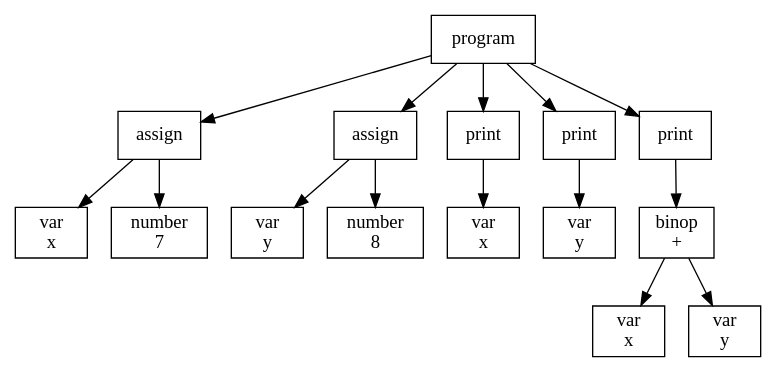
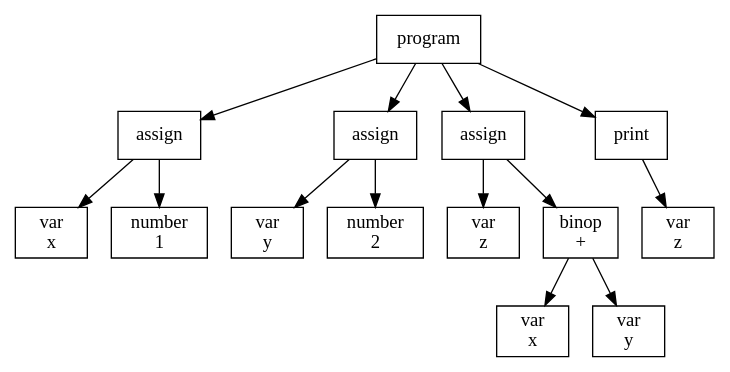
The diagram in ast.dot (GiovaniFetzner/LexicalAnalyser), drawn with Graphviz before and after one commit. The commit also changed 1 other file, not shown here.

```diff
--- a/ast.dot
+++ b/ast.dot
@@ -1,32 +1,30 @@
 digraph AST {
 node [shape=box];
-"1f712afb-16ea-4618-9238-3aa09e3df9a6" [label="program"];
-"1f712afb-16ea-4618-9238-3aa09e3df9a6" -> "1cbfb161-94a1-4671-b9c4-229d6c1a26bc";
-"1cbfb161-94a1-4671-b9c4-229d6c1a26bc" [label="assign"];
-"1cbfb161-94a1-4671-b9c4-229d6c1a26bc" -> "cb73bbaf-0354-4e56-b8b8-03b20d6f9dc2";
-"cb73bbaf-0354-4e56-b8b8-03b20d6f9dc2" [label="var\nx"];
-"1cbfb161-94a1-4671-b9c4-229d6c1a26bc" -> "98f40520-6ead-4615-9c3f-af5cc2535ecc";
-"98f40520-6ead-4615-9c3f-af5cc2535ecc" [label="number\n7"];
-"1f712afb-16ea-4618-9238-3aa09e3df9a6" -> "62088736-f510-4a00-93dd-2560af9f14dc";
-"62088736-f510-4a00-93dd-2560af9f14dc" [label="assign"];
-"62088736-f510-4a00-93dd-2560af9f14dc" -> "3539177b-6b02-4226-a6d3-54c7eba28efb";
-"3539177b-6b02-4226-a6d3-54c7eba28efb" [label="var\ny"];
-"62088736-f510-4a00-93dd-2560af9f14dc" -> "a2d470ac-7e0a-4d49-9c43-5b4d8be03dc3";
-"a2d470ac-7e0a-4d49-9c43-5b4d8be03dc3" [label="number\n8"];
-"1f712afb-16ea-4618-9238-3aa09e3df9a6" -> "5ad0fa77-777d-431e-8d00-c014cb950832";
-"5ad0fa77-777d-431e-8d00-c014cb950832" [label="print"];
-"5ad0fa77-777d-431e-8d00-c014cb950832" -> "83a5c619-2ea9-4d40-9c88-2af5c7ec83b5";
-"83a5c619-2ea9-4d40-9c88-2af5c7ec83b5" [label="var\nx"];
-"1f712afb-16ea-4618-9238-3aa09e3df9a6" -> "fae9040c-52ae-44d7-9de4-4290b8c37ccf";
-"fae9040c-52ae-44d7-9de4-4290b8c37ccf" [label="print"];
-"fae9040c-52ae-44d7-9de4-4290b8c37ccf" -> "2e80165a-2e4f-42ac-b49c-e4de20521a23";
-"2e80165a-2e4f-42ac-b49c-e4de20521a23" [label="var\ny"];
-"1f712afb-16ea-4618-9238-3aa09e3df9a6" -> "1d28ebc2-af04-4359-861b-47a6303e949e";
-"1d28ebc2-af04-4359-861b-47a6303e949e" [label="print"];
-"1d28ebc2-af04-4359-861b-47a6303e949e" -> "cabbf894-069e-43a1-a3ab-6bcfe66d4e1d";
-"cabbf894-069e-43a1-a3ab-6bcfe66d4e1d" [label="binop\n+"];
-"cabbf894-069e-43a1-a3ab-6bcfe66d4e1d" -> "e4b5d198-caab-4c9c-afff-b90648b93f45";
-"e4b5d198-caab-4c9c-afff-b90648b93f45" [label="var\nx"];
-"cabbf894-069e-43a1-a3ab-6bcfe66d4e1d" -> "9cd8d1da-e719-4faa-a5d0-ffbbe5a413aa";
-"9cd8d1da-e719-4faa-a5d0-ffbbe5a413aa" [label="var\ny"];
+"58042af6-dcf5-41b8-a409-f55d801a5f84" [label="program"];
+"58042af6-dcf5-41b8-a409-f55d801a5f84" -> "5590e37d-5119-4cce-9dc3-e485c0c5ce0b";
+"5590e37d-5119-4cce-9dc3-e485c0c5ce0b" [label="assign"];
+"5590e37d-5119-4cce-9dc3-e485c0c5ce0b" -> "b8a27fd8-966f-49f0-bb1d-7729a827c7ed";
+"b8a27fd8-966f-49f0-bb1d-7729a827c7ed" [label="var\nx"];
+"5590e37d-5119-4cce-9dc3-e485c0c5ce0b" -> "dc7e62d3-bfa1-4abb-a9c0-53d66ee47a27";
+"dc7e62d3-bfa1-4abb-a9c0-53d66ee47a27" [label="number\n1"];
+"58042af6-dcf5-41b8-a409-f55d801a5f84" -> "77d45ceb-cf1d-4408-a46f-a92bda7e203a";
+"77d45ceb-cf1d-4408-a46f-a92bda7e203a" [label="assign"];
+"77d45ceb-cf1d-4408-a46f-a92bda7e203a" -> "da830e1d-9878-41a3-9c0c-0aee2a527506";
+"da830e1d-9878-41a3-9c0c-0aee2a527506" [label="var\ny"];
+"77d45ceb-cf1d-4408-a46f-a92bda7e203a" -> "1a56aada-0ae1-455d-b4c4-4069f4939a21";
+"1a56aada-0ae1-455d-b4c4-4069f4939a21" [label="number\n2"];
+"58042af6-dcf5-41b8-a409-f55d801a5f84" -> "67baa338-317c-47c8-b032-3f6db589fa10";
+"67baa338-317c-47c8-b032-3f6db589fa10" [label="assign"];
+"67baa338-317c-47c8-b032-3f6db589fa10" -> "6f7b83ca-0c29-4eb1-b4e0-a6ceb9f17842";
+"6f7b83ca-0c29-4eb1-b4e0-a6ceb9f17842" [label="var\nz"];
+"67baa338-317c-47c8-b032-3f6db589fa10" -> "084458fe-d5aa-44f0-8270-737461511d19";
+"084458fe-d5aa-44f0-8270-737461511d19" [label="binop\n+"];
+"084458fe-d5aa-44f0-8270-737461511d19" -> "4d9a183b-f50e-4d6c-a691-1c2be3a19d18";
+"4d9a183b-f50e-4d6c-a691-1c2be3a19d18" [label="var\nx"];
+"084458fe-d5aa-44f0-8270-737461511d19" -> "48d2c76f-9d65-4e03-84cc-14cd0890ce74";
+"48d2c76f-9d65-4e03-84cc-14cd0890ce74" [label="var\ny"];
+"58042af6-dcf5-41b8-a409-f55d801a5f84" -> "b9b63883-7d3f-43c5-86bb-510ff25be5c1";
+"b9b63883-7d3f-43c5-86bb-510ff25be5c1" [label="print"];
+"b9b63883-7d3f-43c5-86bb-510ff25be5c1" -> "4ba8e75f-9b63-48fb-801a-7072e144f0d2";
+"4ba8e75f-9b63-48fb-801a-7072e144f0d2" [label="var\nz"];
 }
```
